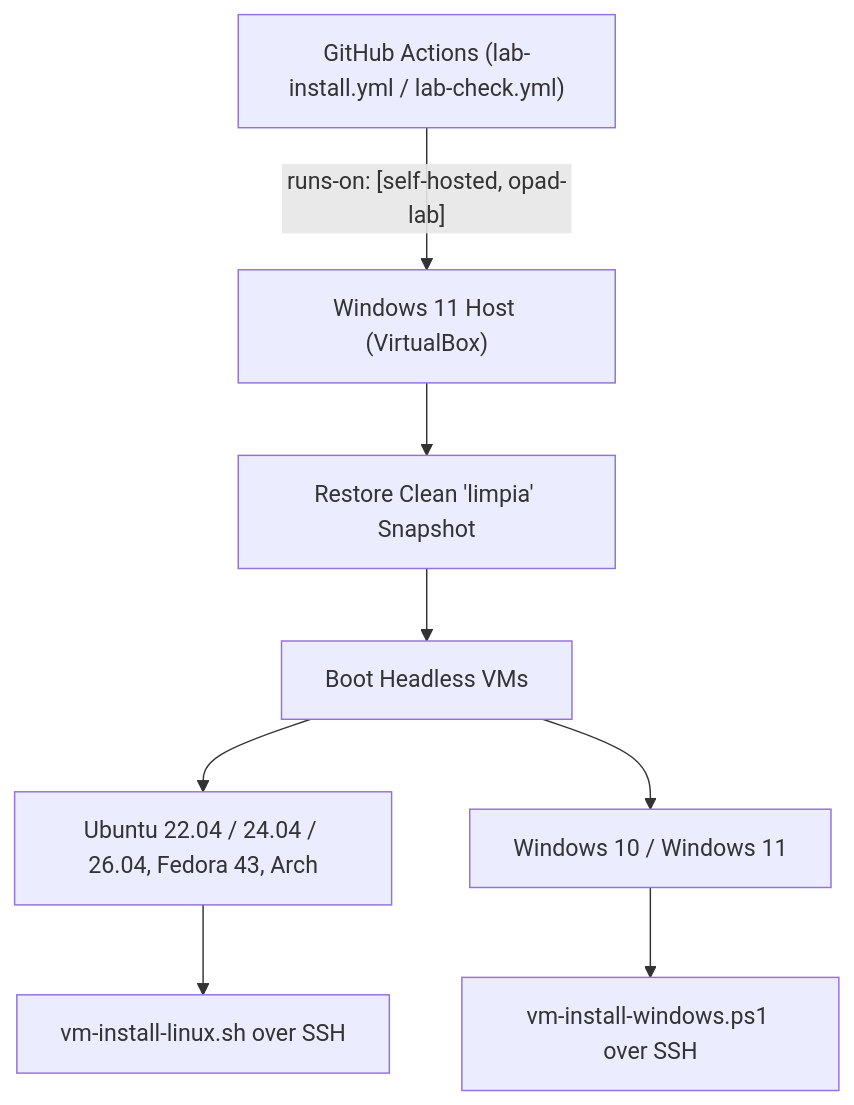
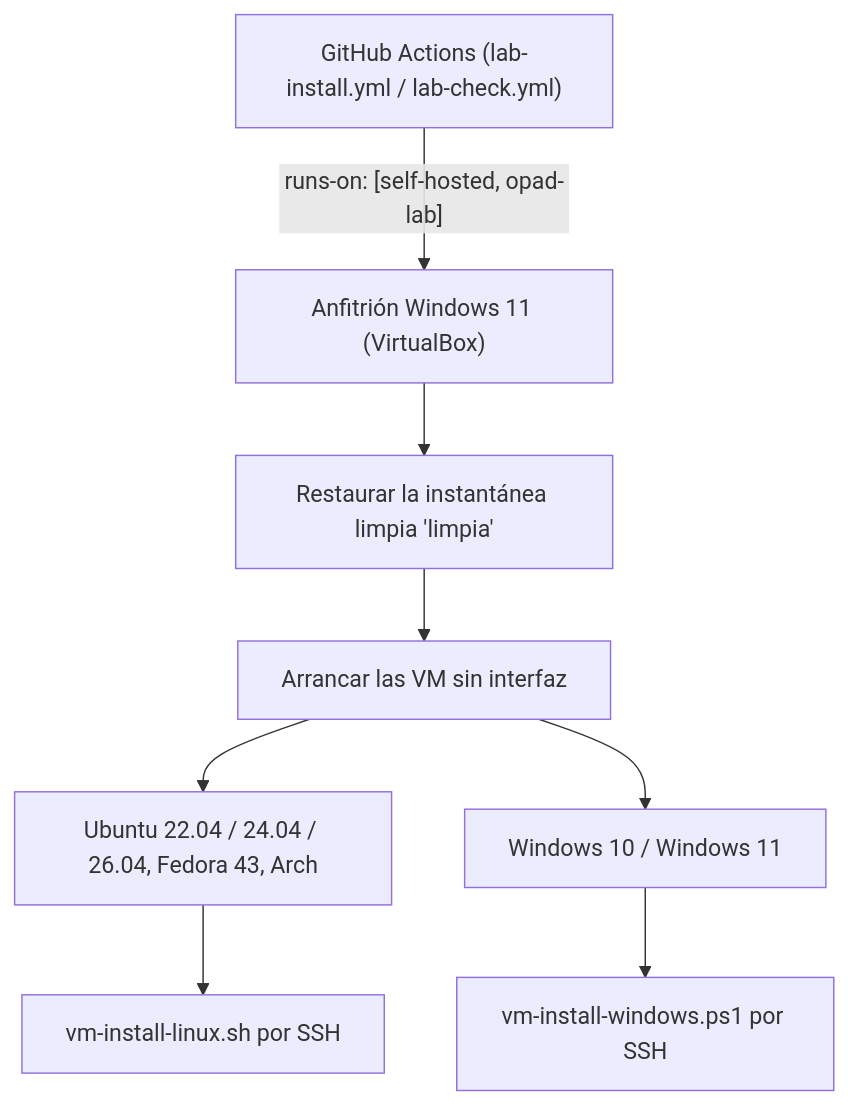
One commit to OPad-dev/OPad changed the diagram in docs/es/develop/lab.md. Above: the diagram before and after it, drawn with Mermaid. The commit also changed other lines of this file and 51 other files, not shown here.

````diff
--- a/docs/es/develop/lab.md
+++ b/docs/es/develop/lab.md
@@ -14,10 +14,10 @@
 ```mermaid
 flowchart TD
-    GH["GitHub Actions (lab-install.yml / lab-check.yml)"] -->|"runs-on: [self-hosted, opad-lab]"| Host["Windows 11 Host (VirtualBox)"]
-    Host --> Snap["Restore Clean 'limpia' Snapshot"]
-    Snap --> Boot["Boot Headless VMs"]
+    GH["GitHub Actions (lab-install.yml / lab-check.yml)"] -->|"runs-on: [self-hosted, opad-lab]"| Host["Anfitrión Windows 11 (VirtualBox)"]
+    Host --> Snap["Restaurar la instantánea limpia 'limpia'"]
+    Snap --> Boot["Arrancar las VM sin interfaz"]
     Boot --> Linux["Ubuntu 22.04 / 24.04 / 26.04, Fedora 43, Arch"]
     Boot --> Win["Windows 10 / Windows 11"]
-    Linux --> LTest["vm-install-linux.sh over SSH"]
-    Win --> WTest["vm-install-windows.ps1 over SSH"]
+    Linux --> LTest["vm-install-linux.sh por SSH"]
+    Win --> WTest["vm-install-windows.ps1 por SSH"]
 ```
````
